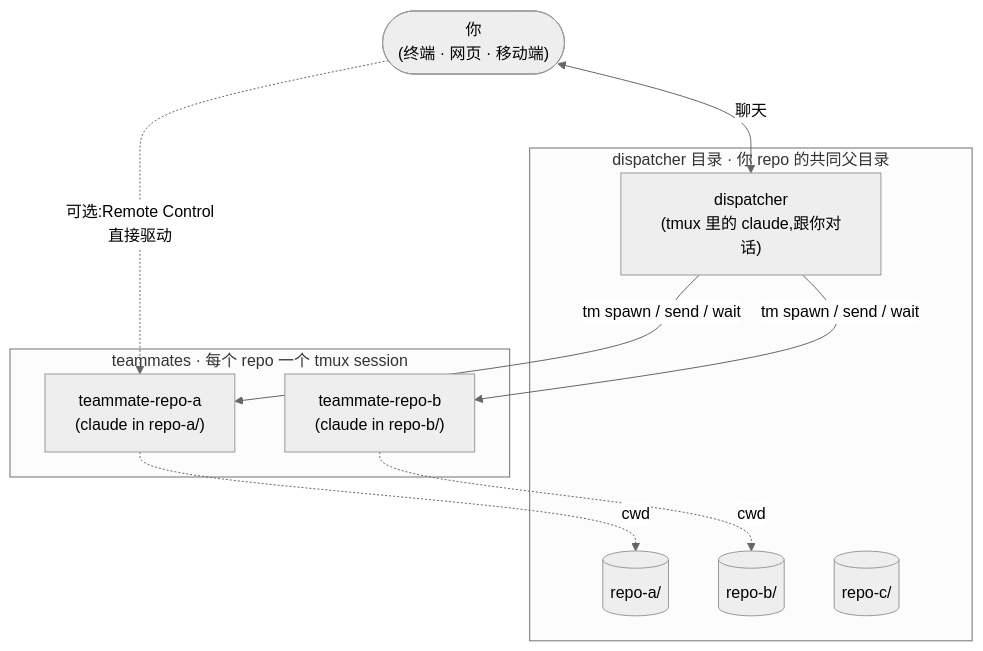
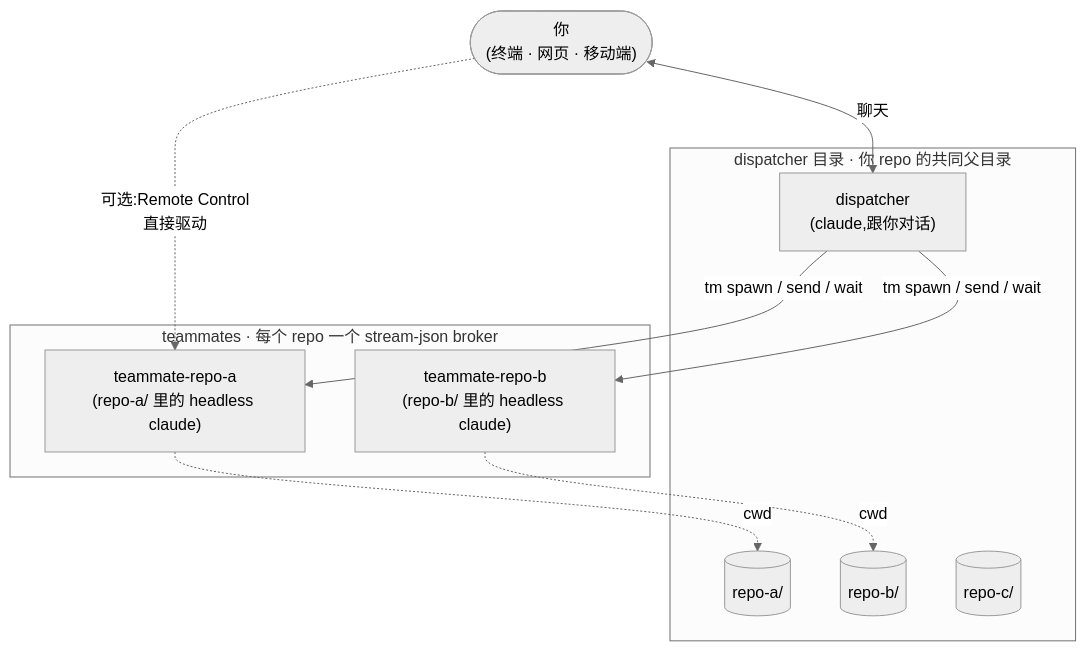
The diagram in README.zh-CN.md (excitedjs/claudemux), drawn with Mermaid (neutral theme) before and after one commit. The commit also changed other lines of this file and 9 other files, not shown here.

````diff
--- a/README.zh-CN.md
+++ b/README.zh-CN.md
@@ -12,23 +12,23 @@
 ```mermaid
 flowchart TB
     user(["你<br/>(终端 · 网页 · 移动端)"])
 
     subgraph dispatcher_dir["dispatcher 目录 · 你 repo 的共同父目录"]
-        dispatcher["dispatcher<br/>(tmux 里的 claude,跟你对话)"]
+        dispatcher["dispatcher<br/>(claude,跟你对话)"]
         repoA[("repo-a/")]
         repoB[("repo-b/")]
         repoC[("repo-c/")]
     end
 
-    subgraph teammates["teammates · 每个 repo 一个 tmux session"]
-        tA["teammate-repo-a<br/>(claude in repo-a/)"]
-        tB["teammate-repo-b<br/>(claude in repo-b/)"]
+    subgraph teammates["teammates · 每个 repo 一个 stream-json broker"]
+        tA["teammate-repo-a<br/>(repo-a/ 里的 headless claude)"]
+        tB["teammate-repo-b<br/>(repo-b/ 里的 headless claude)"]
     end
 
     user <-->|聊天| dispatcher
     user -.->|可选:Remote Control<br/>直接驱动| tA
     dispatcher -->|tm spawn / send / wait| tA
     dispatcher -->|tm spawn / send / wait| tB
     tA -.cwd.-> repoA
     tB -.cwd.-> repoB
 ```
````
